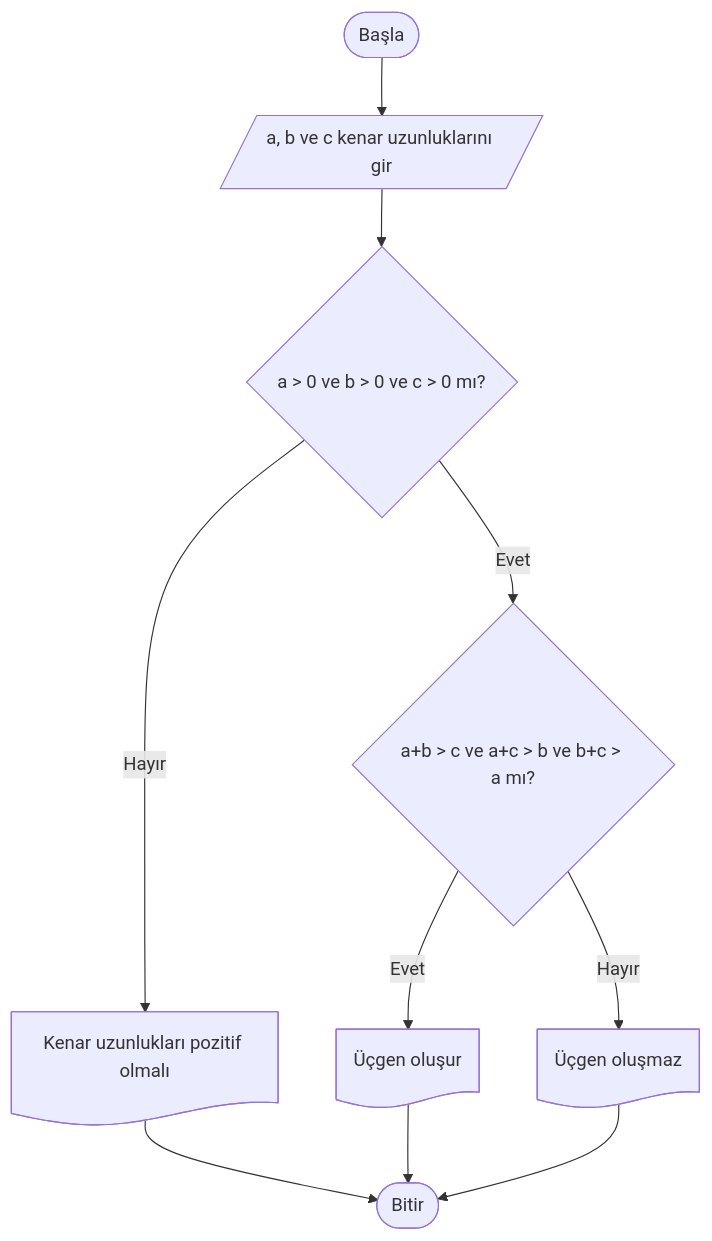
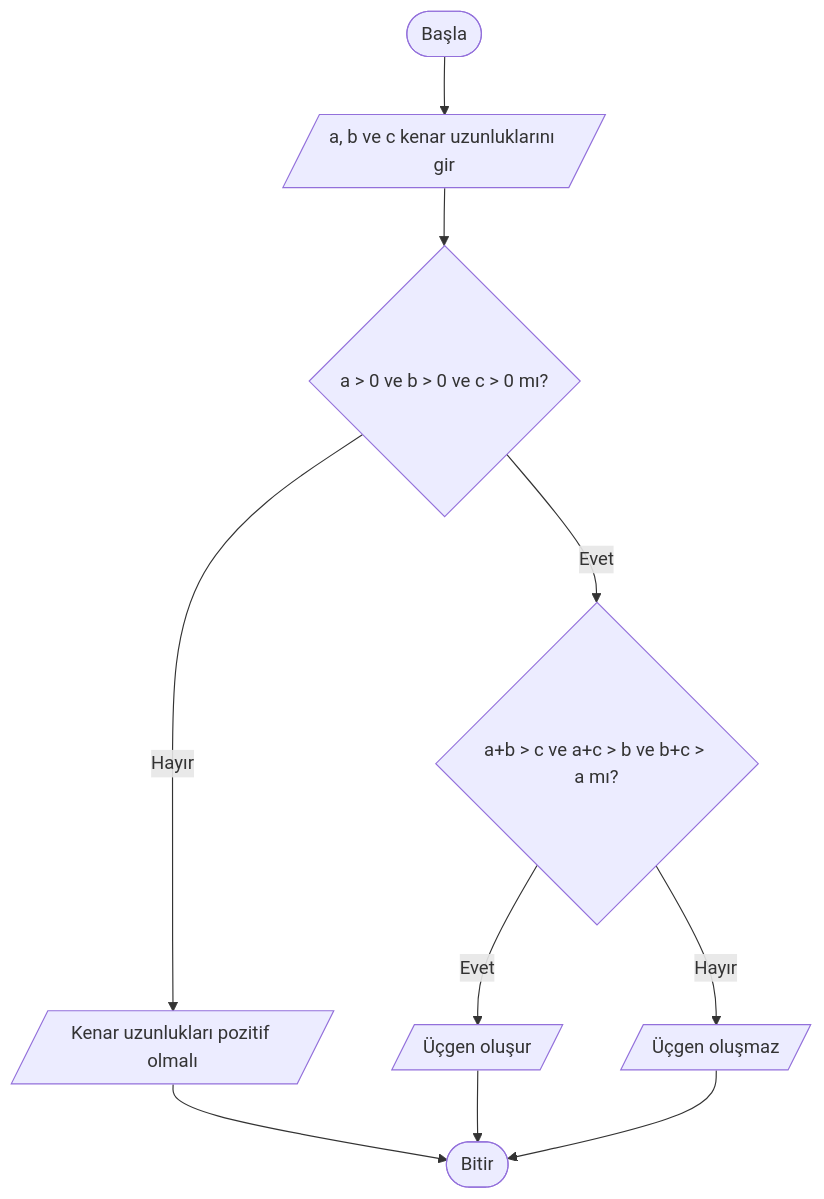
The eighth of 10 diagrams in Hafta_04_Akis_Diyagramlari_1.md (ibrahimayaz/Algoritma-ve-Programlamaya-Giris), drawn with Mermaid before and after one commit. The commit also changed other lines of this file, not shown here.

````diff
--- a/Hafta_04_Akis_Diyagramlari_1.md
+++ b/Hafta_04_Akis_Diyagramlari_1.md
@@ -187,12 +187,12 @@
 ```mermaid
 graph TD
     A([Başla]) --> B[/a, b ve c kenar uzunluklarını gir/]
     B --> C{a > 0 ve b > 0 ve c > 0 mı?}
-    C -- Hayır --> D@{ shape: doc, label: "Kenar uzunlukları pozitif olmalı" }
+    C -- Hayır --> D[/Kenar uzunlukları pozitif olmalı/]
     C -- Evet --> E{a+b > c ve a+c > b ve b+c > a mı?}
-    E -- Evet --> F@{ shape: doc, label: "Üçgen oluşur" }
-    E -- Hayır --> G@{ shape: doc, label: "Üçgen oluşmaz" }
+    E -- Evet --> F[/Üçgen oluşur/]
+    E -- Hayır --> G[/Üçgen oluşmaz/]
     D --> H([Bitir])
     F --> H
     G --> H
 ```
````
